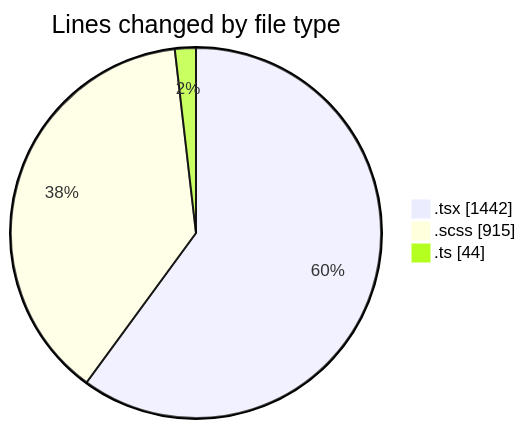
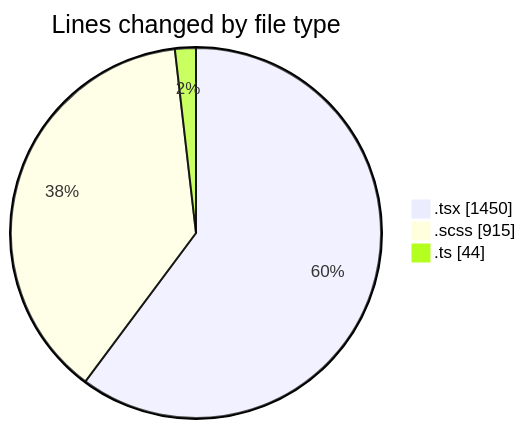
The first of 2 diagrams in 2025-03-27/cda/README.md (momahboobian/code-tracking), drawn with Mermaid before and after one commit. The commit also changed other lines of this file and 1 other file, not shown here.

````diff
--- a/2025-03-27/cda/README.md
+++ b/2025-03-27/cda/README.md
@@ -29,7 +29,7 @@
 ```mermaid
 pie showData
 title Lines changed by file type
-".tsx" : 1442
+".tsx" : 1450
 ".scss" : 915
 ".ts" : 44
 ```
````
